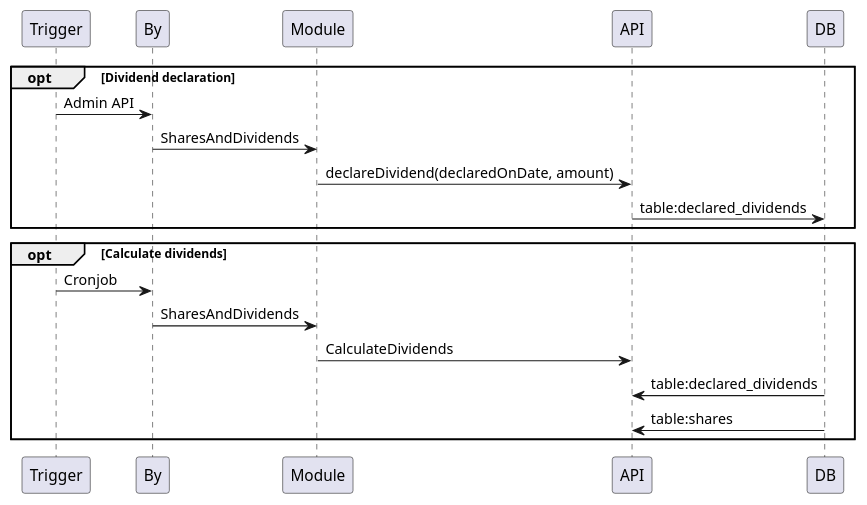
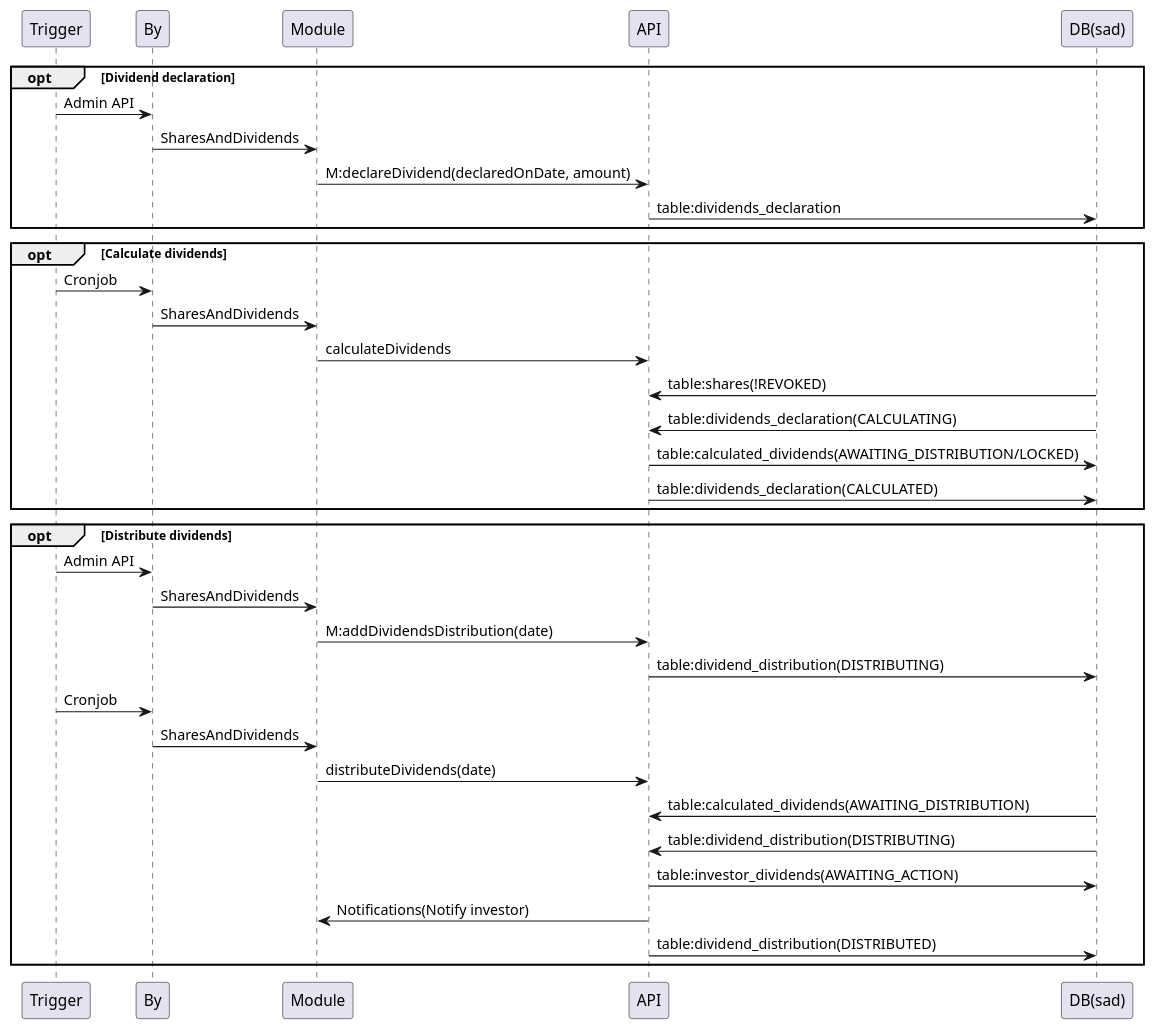
One commit to JoinReinvest/reinvest-api changed the diagram in workflows/dividends.plantuml. Above: the diagram before and after it, drawn with PlantUML.

Commit message:
chore: add flows for dividends declaration/calculation/distributions

```diff
--- a/workflows/dividends.plantuml
+++ b/workflows/dividends.plantuml
@@ -1,27 +1,44 @@
 @startuml
 
 participant "Trigger" as T
 participant "By" as B
 
 participant "Module" as M
 participant "API" as API
-participant "DB" as DB
+participant "DB(sad)" as DB
 
 opt Dividend declaration
 T -> B: Admin API
 B -> M: SharesAndDividends
-M -> API: declareDividend(declaredOnDate, amount)
-API -> DB: table:declared_dividends
+M -> API: M:declareDividend(declaredOnDate, amount)
+API -> DB: table:dividends_declaration
 end
 
 opt Calculate dividends
 T -> B: Cronjob
 B -> M: SharesAndDividends
-M -> API: CalculateDividends
-DB -> API: table:declared_dividends
-DB -> API: table:shares
+M -> API: calculateDividends
+DB -> API: table:shares(!REVOKED)
+DB -> API: table:dividends_declaration(CALCULATING)
+API -> DB: table:calculated_dividends(AWAITING_DISTRIBUTION/LOCKED)
+API -> DB: table:dividends_declaration(CALCULATED)
+end
 
+opt Distribute dividends
+T -> B: Admin API
+B -> M: SharesAndDividends
+M -> API: M:addDividendsDistribution(date)
+API -> DB: table:dividend_distribution(DISTRIBUTING)
+
+T -> B: Cronjob
+B -> M: SharesAndDividends
+M -> API: distributeDividends(date)
+DB -> API: table:calculated_dividends(AWAITING_DISTRIBUTION)
+DB -> API: table:dividend_distribution(DISTRIBUTING)
+API -> DB: table:investor_dividends(AWAITING_ACTION)
+API -> M: Notifications(Notify investor)
+API -> DB: table:dividend_distribution(DISTRIBUTED)
 end
 
 
 @enduml
```
